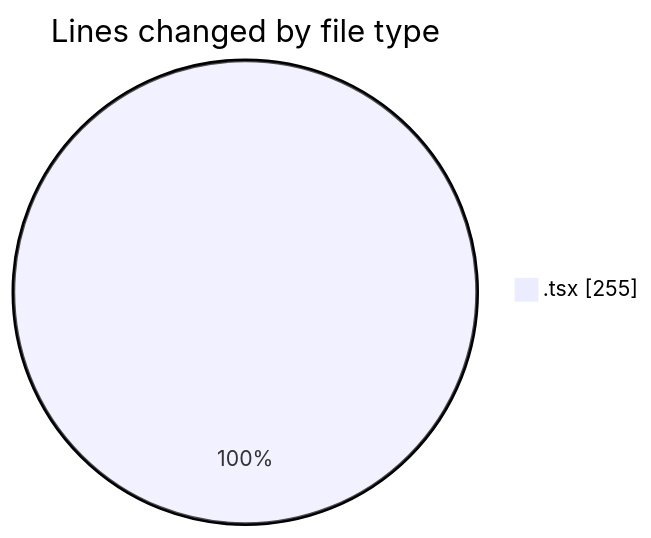
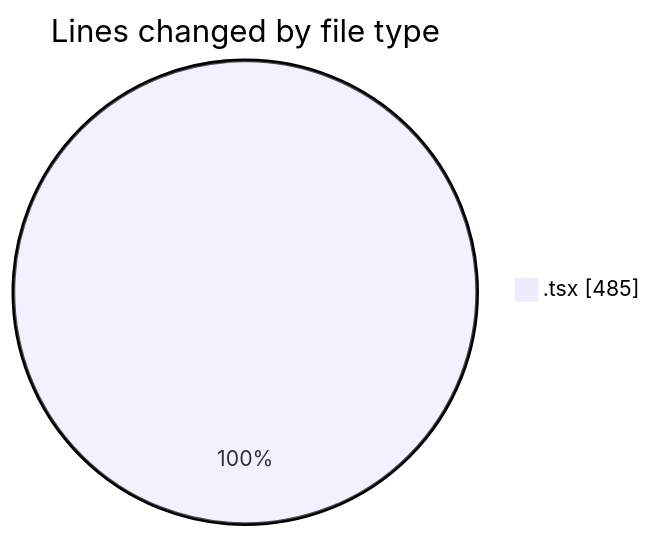
One commit to momahboobian/code-tracking changed the first of 2 diagrams in 2026-09-04/cda/README.md. Above: the diagram before and after it, drawn with Mermaid. The commit also changed other lines of this file and 1 other file, not shown here.

````diff
--- a/2026-09-04/cda/README.md
+++ b/2026-09-04/cda/README.md
@@ -20,5 +21,5 @@
 ```mermaid
 pie showData
 title Lines changed by file type
-".tsx" : 255
+".tsx" : 485
 ```
````
